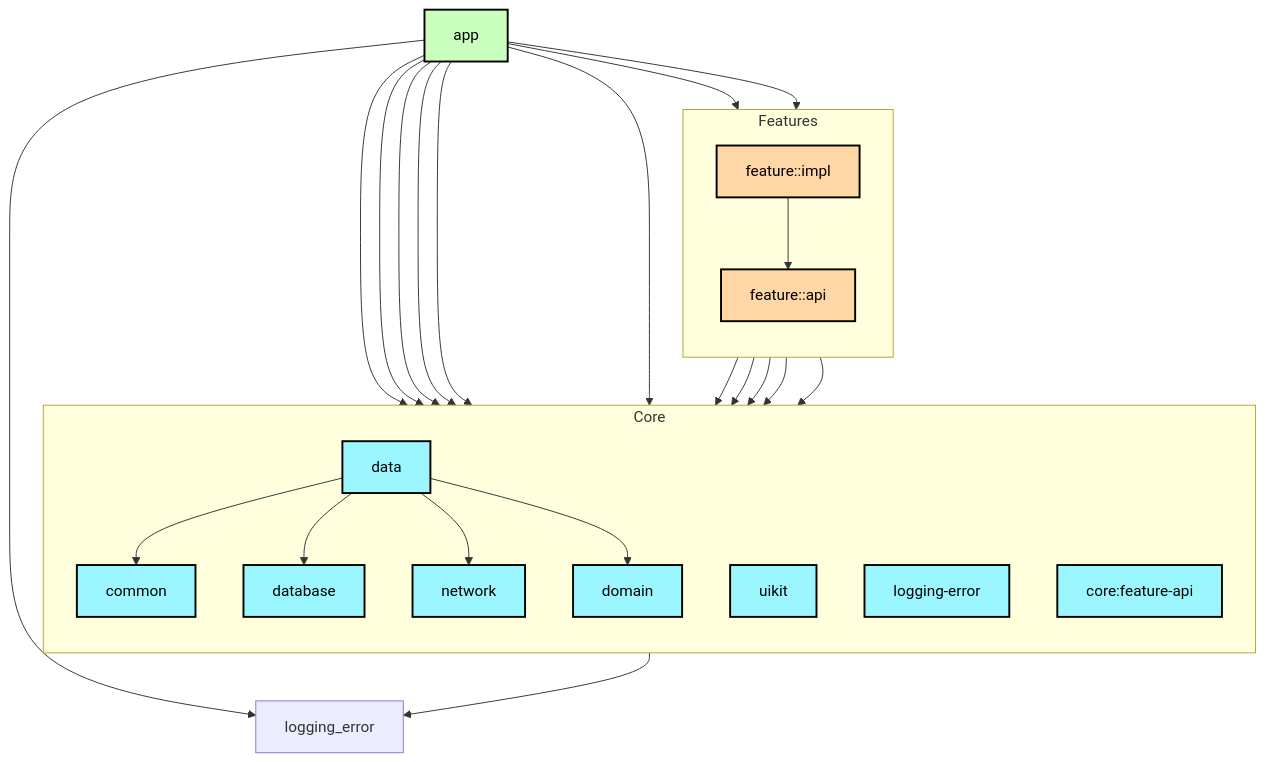
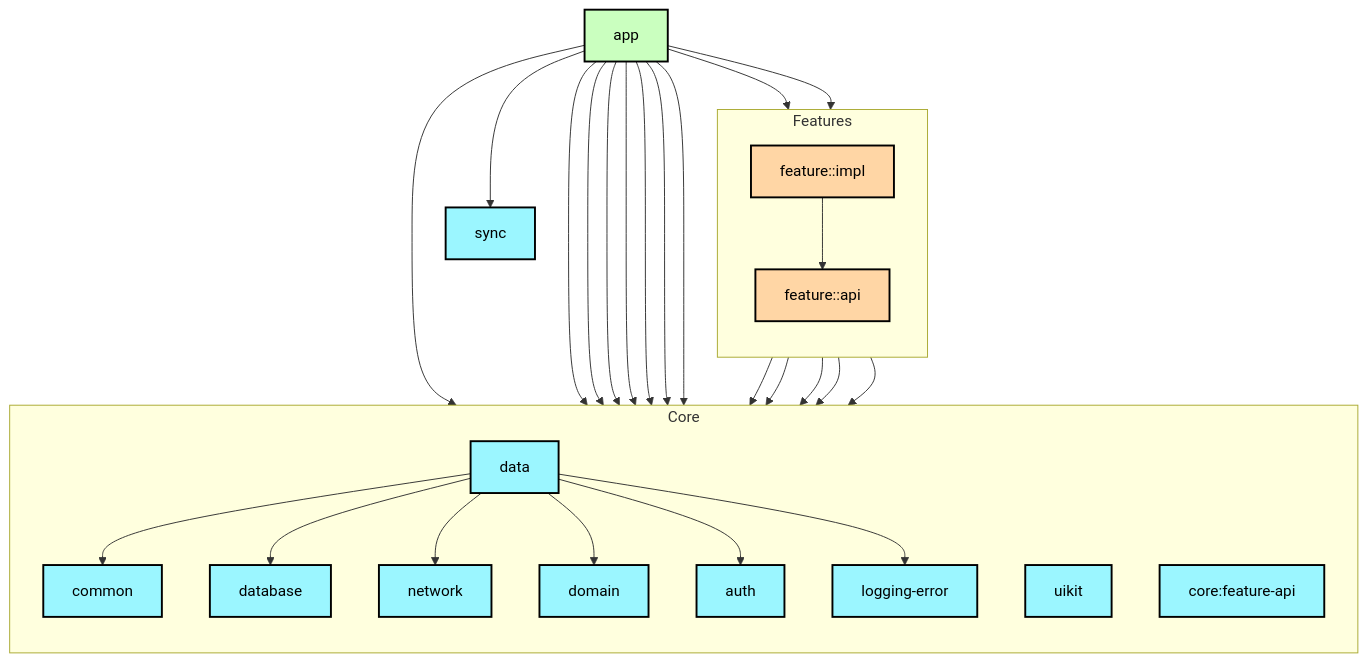
The diagram in app/README.MD (IliaVoskoboinikov/Finance-Manager), drawn with Mermaid before and after one commit. The commit also changed other lines of this file and 18 other files, not shown here.

````diff
--- a/app/README.MD
+++ b/app/README.MD
@@ -7,58 +22,63 @@
 ```mermaid
 
 graph TB
     subgraph Core
         direction TB
         common[common]:::library
         database[database]:::library
         data[data]:::library
         domain[domain]:::library
         network[network]:::library
         uikit[uikit]:::library
-        logging_api[logging-error]:::library
+        auth[auth]:::library
+        logging_error[logging-error]:::library
         core_feature_api[core:feature-api]:::library
     end
 
     subgraph Features
         direction TB
         feature_api[feature:<name>:api]:::feature
         feature_impl[feature:<name>:impl]:::feature
     end
 
     app[app]:::app
+    sync[sync]:::library
 
 %% App зависит на Core
     app --> common
     app --> database
     app --> data
     app --> domain
     app --> network
     app --> uikit
+    app --> auth
     app --> logging_error
+    app --> sync
 
 %% App зависит на Features
     app --> feature_api
     app --> feature_impl
 
 %% Feature паттерн
     feature_api --> core_feature_api
     feature_impl --> feature_api
     feature_impl --> data
     feature_impl --> domain
     feature_impl --> network
     feature_impl --> uikit
 
 %% Core взаимозависимости
     data --> common
     data --> database
     data --> network
     data --> domain
+    data --> auth
     data --> logging_error
 
 
     classDef app fill:#CAFFBF,stroke:#000,stroke-width:2px,color:#000;
     classDef feature fill:#FFD6A5,stroke:#000,stroke-width:2px,color:#000;
     classDef library fill:#9BF6FF,stroke:#000,stroke-width:2px,color:#000;
 
 
 ```
````
